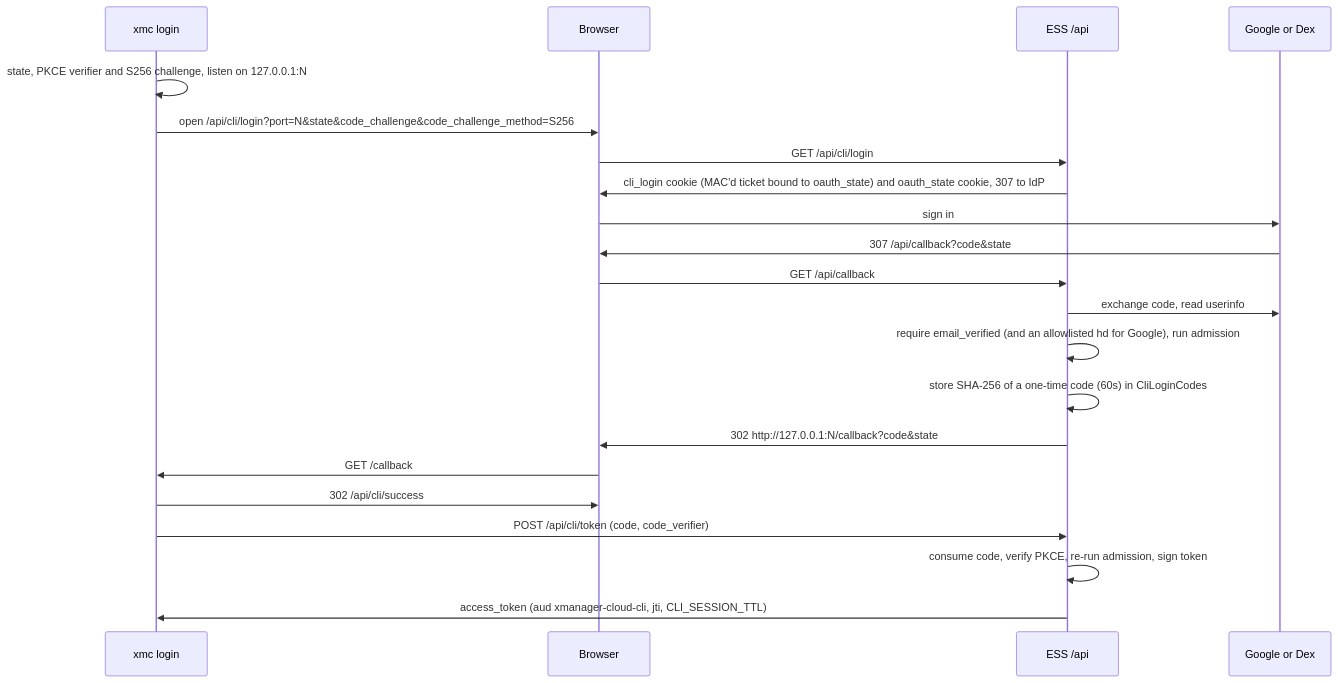
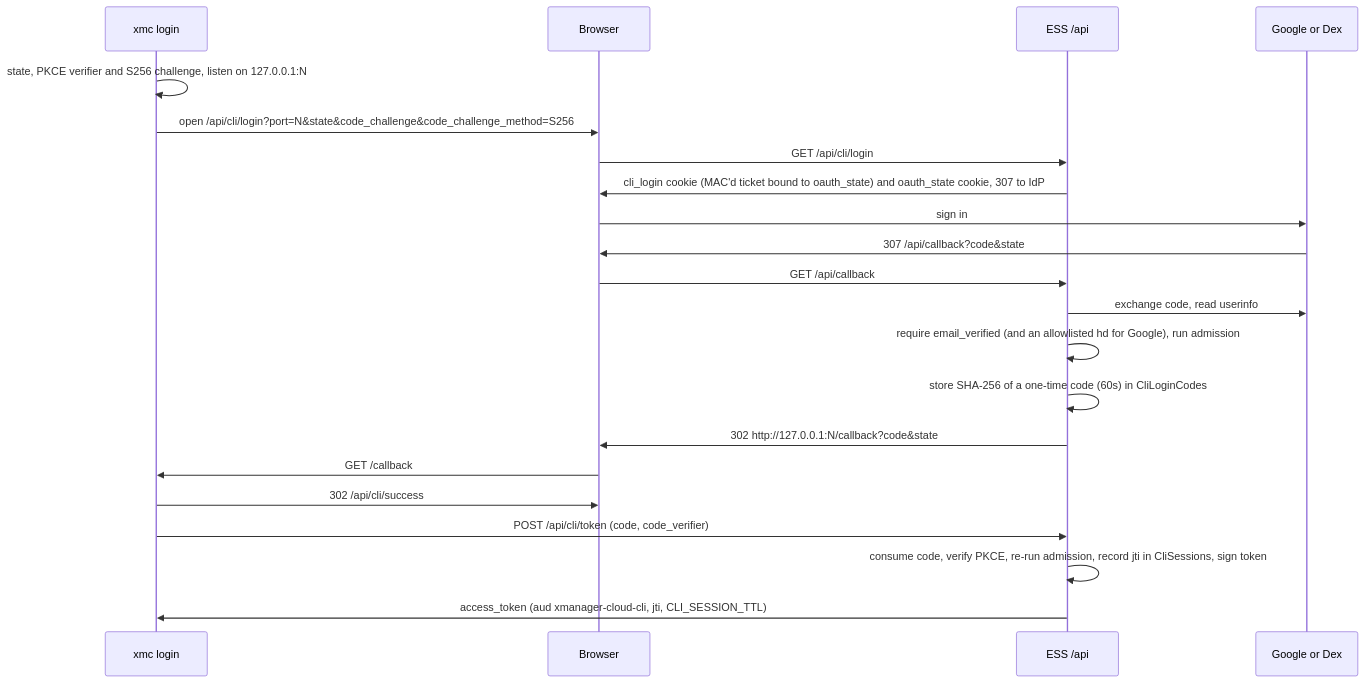
One commit to google/xmc changed the second of 3 diagrams in docs/design/gateway.md. Above: the diagram before and after it, drawn with Mermaid. The commit also changed other lines of this file and 21 other files, not shown here.

````diff
--- a/docs/design/gateway.md
+++ b/docs/design/gateway.md
@@ -145,23 +145,23 @@
 ```mermaid
 sequenceDiagram
     participant CLI as xmc login
     participant B as Browser
     participant ESS as ESS /api
     participant IdP as Google or Dex
     CLI->>CLI: state, PKCE verifier and S256 challenge, listen on 127.0.0.1:N
     CLI->>B: open /api/cli/login?port=N&state&code_challenge&code_challenge_method=S256
     B->>ESS: GET /api/cli/login
     ESS->>B: cli_login cookie (MAC'd ticket bound to oauth_state) and oauth_state cookie, 307 to IdP
     B->>IdP: sign in
     IdP->>B: 307 /api/callback?code&state
     B->>ESS: GET /api/callback
     ESS->>IdP: exchange code, read userinfo
     ESS->>ESS: require email_verified (and an allowlisted hd for Google), run admission
     ESS->>ESS: store SHA-256 of a one-time code (60s) in CliLoginCodes
     ESS->>B: 302 http://127.0.0.1:N/callback?code&state
     B->>CLI: GET /callback
     CLI->>B: 302 /api/cli/success
     CLI->>ESS: POST /api/cli/token (code, code_verifier)
-    ESS->>ESS: consume code, verify PKCE, re-run admission, sign token
+    ESS->>ESS: consume code, verify PKCE, re-run admission, record jti in CliSessions, sign token
     ESS->>CLI: access_token (aud xmanager-cloud-cli, jti, CLI_SESSION_TTL)
 ```
````
